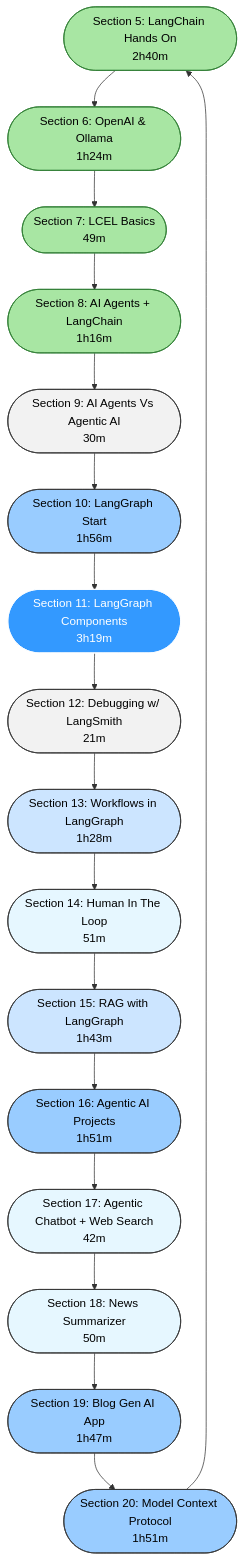
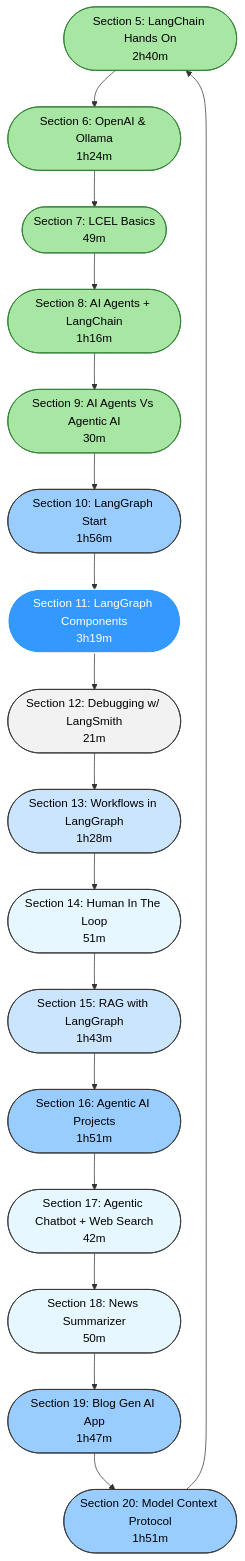
One commit to AryamannTomar/AgenticAI-LangChain-LangGraph changed the diagram in syllabus.md. Above: the diagram before and after it, drawn with Mermaid. The commit also changed 5 other files, not shown here.

````diff
--- a/syllabus.md
+++ b/syllabus.md
@@ -1,36 +1,36 @@
 ```mermaid
 graph TD
     S5([Section 5: LangChain Hands On<br/>2h40m]):::done
     S6([Section 6: OpenAI & Ollama<br/>1h24m]):::done
     S7([Section 7: LCEL Basics<br/>49m]):::done
     S8([Section 8: AI Agents + LangChain<br/>1h16m]):::done
-    S9([Section 9: AI Agents Vs Agentic AI<br/>30m]):::tiny
+    S9([Section 9: AI Agents Vs Agentic AI<br/>30m]):::done
     S10([Section 10: LangGraph Start<br/>1h56m]):::large
     S11([Section 11: LangGraph Components<br/>3h19m]):::xlarge
     S12([Section 12: Debugging w/ LangSmith<br/>21m]):::tiny
     S13([Section 13: Workflows in LangGraph<br/>1h28m]):::medium
     S14([Section 14: Human In The Loop<br/>51m]):::small
     S15([Section 15: RAG with LangGraph<br/>1h43m]):::medium
     S16([Section 16: Agentic AI Projects<br/>1h51m]):::large
     S17([Section 17: Agentic Chatbot + Web Search<br/>42m]):::small
     S18([Section 18: News Summarizer<br/>50m]):::small
     S19([Section 19: Blog Gen AI App<br/>1h47m]):::large
     S20([Section 20: Model Context Protocol<br/>1h51m]):::large -->
     S5 --> S6 --> S7 --> S8
     S9 --> S10 --> S11 --> S12
     S13 --> S14 --> S15 --> S16
     S17 --> S18 --> S19 --> S20
     S8 --> S9
     S12 --> S13
     S16 --> S17
 
 classDef tiny fill:#f2f2f2,stroke:#333,color:#000,rx:8,ry:8;
 classDef small fill:#e6f7ff,stroke:#333,color:#000,rx:8,ry:8;
 classDef medium fill:#cce5ff,stroke:#333,color:#000,rx:8,ry:8;
 classDef large fill:#99ccff,stroke:#333,color:#000,rx:8,ry:8;
 classDef big fill:#66b2ff,stroke:#333,color:#000,rx:8,ry:8;
 classDef xlarge fill:#3399ff,stroke:#fff,color:#fff,rx:8,ry:8;
 
 %% ✅ Completed chapters
 classDef done fill:#a8e6a3,stroke:#2e7d32,color:#000,rx:8,ry:8;
 ```
````
